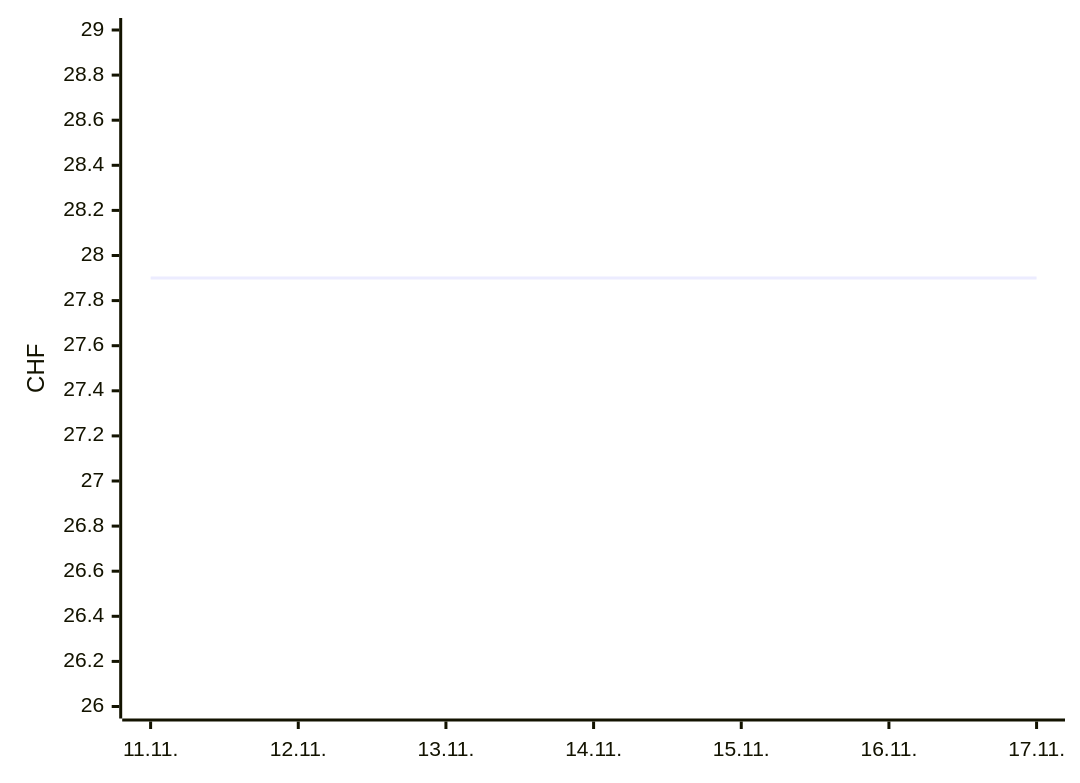
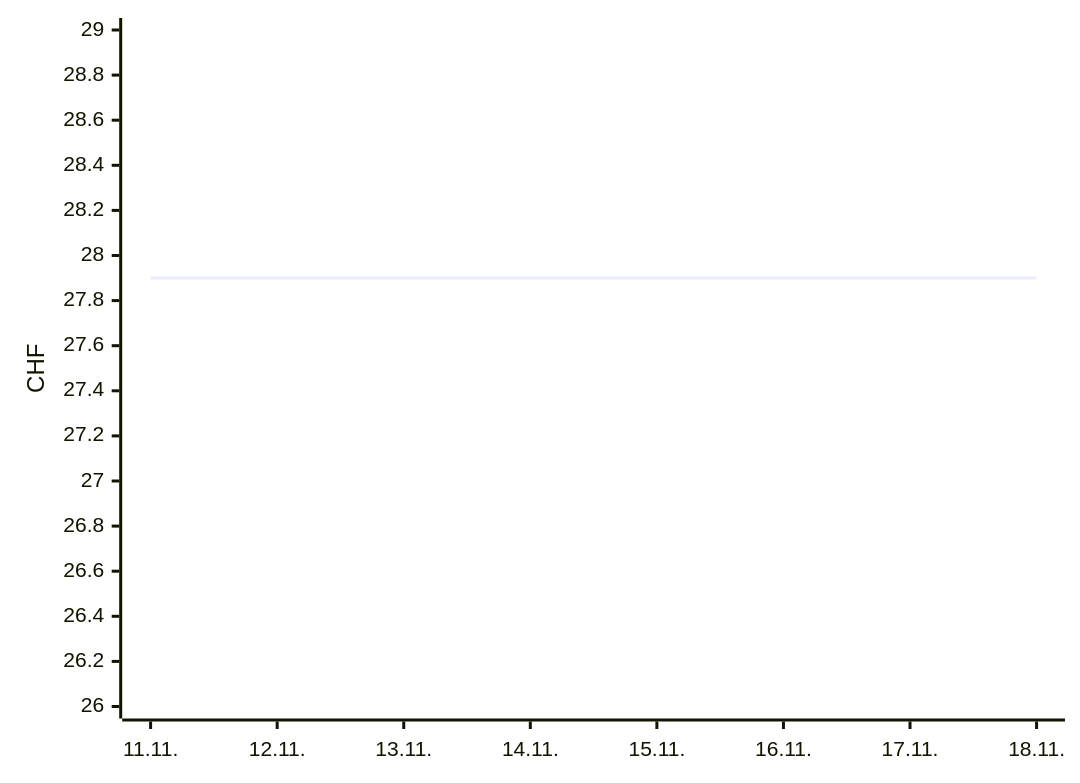
The first of 2 diagrams in README.md (Akira2828/my-Galaxus-MCP), drawn with Mermaid before and after one commit. The commit also changed other lines of this file and 1 other file, not shown here.

````diff
--- a/README.md
+++ b/README.md
@@ -16,6 +16,6 @@
 ```mermaid
 xychart-beta
-  x-axis ["11.11.", "12.11.", "13.11.", "14.11.", "15.11.", "16.11.", "17.11."]
+  x-axis ["11.11.", "12.11.", "13.11.", "14.11.", "15.11.", "16.11.", "17.11.", "18.11."]
   y-axis "CHF" 26 --> 29
-  line [27.9, 27.9, 27.9, 27.9, 27.9, 27.9, 27.9]
+  line [27.9, 27.9, 27.9, 27.9, 27.9, 27.9, 27.9, 27.9]
 ```
````
